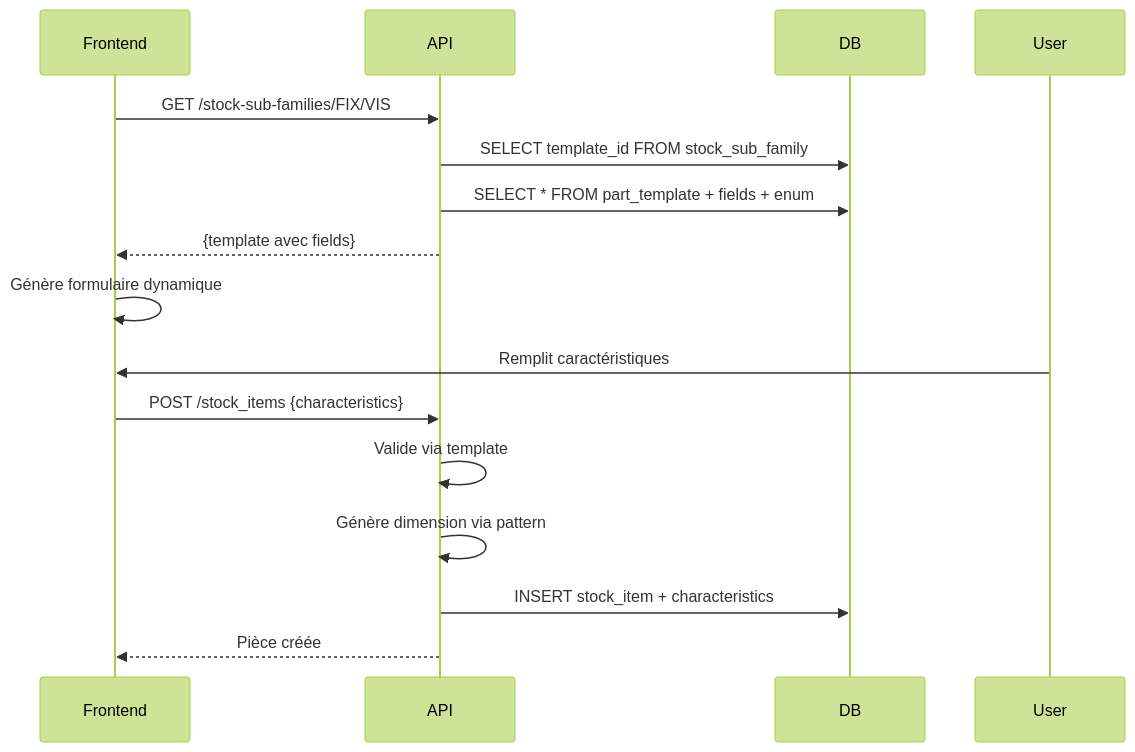
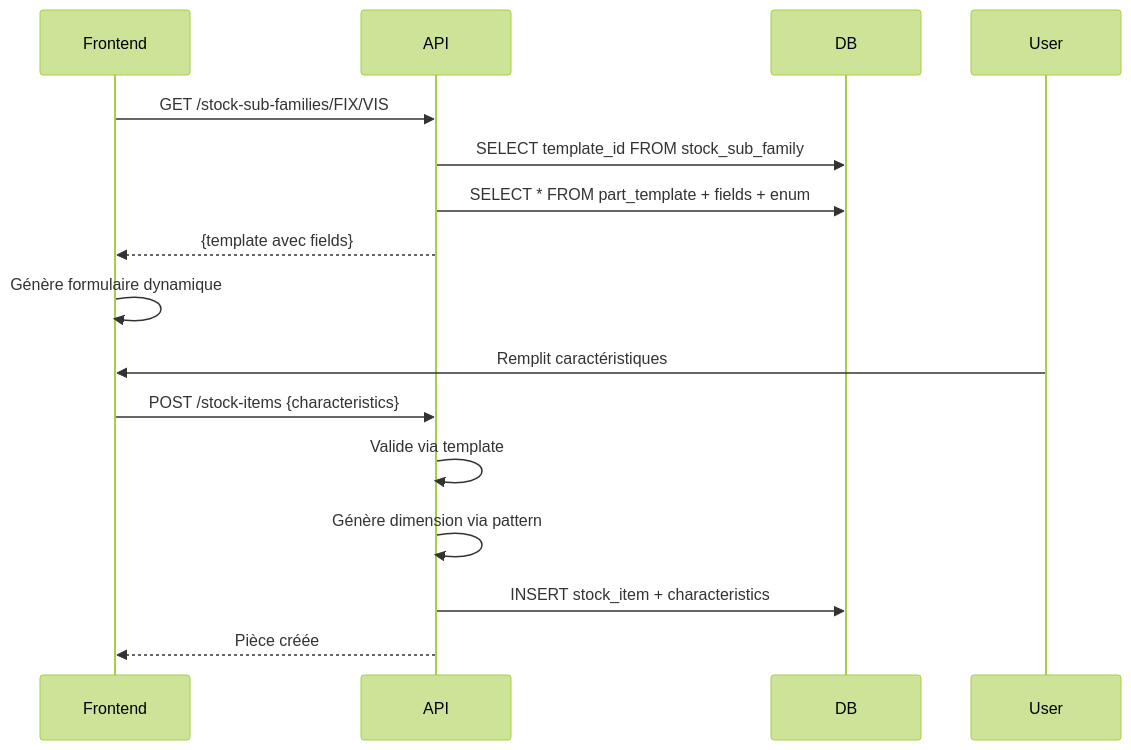
One commit to ProtoGulix/tunnel-backend changed the diagram in docs/endpoints/stock-sub-families.md. Above: the diagram before and after it, drawn with Mermaid (forest theme). The commit also changed other lines of this file and 32 other files, not shown here.

````diff
--- a/docs/endpoints/stock-sub-families.md
+++ b/docs/endpoints/stock-sub-families.md
@@ -205,16 +283,16 @@
 ```mermaid
 sequenceDiagram
     Frontend->>API: GET /stock-sub-families/FIX/VIS
     API->>DB: SELECT template_id FROM stock_sub_family
     API->>DB: SELECT * FROM part_template + fields + enum
     API-->>Frontend: {template avec fields}
 
     Frontend->>Frontend: Génère formulaire dynamique
     User->>Frontend: Remplit caractéristiques
 
-    Frontend->>API: POST /stock_items {characteristics}
+    Frontend->>API: POST /stock-items {characteristics}
     API->>API: Valide via template
     API->>API: Génère dimension via pattern
     API->>DB: INSERT stock_item + characteristics
     API-->>Frontend: Pièce créée
 ```
````
